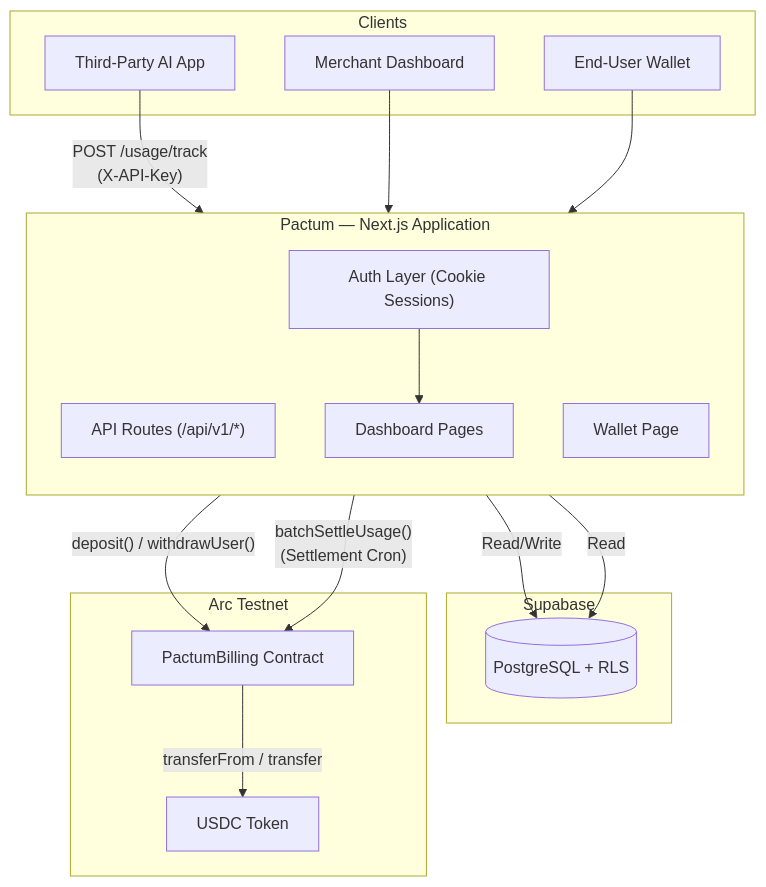
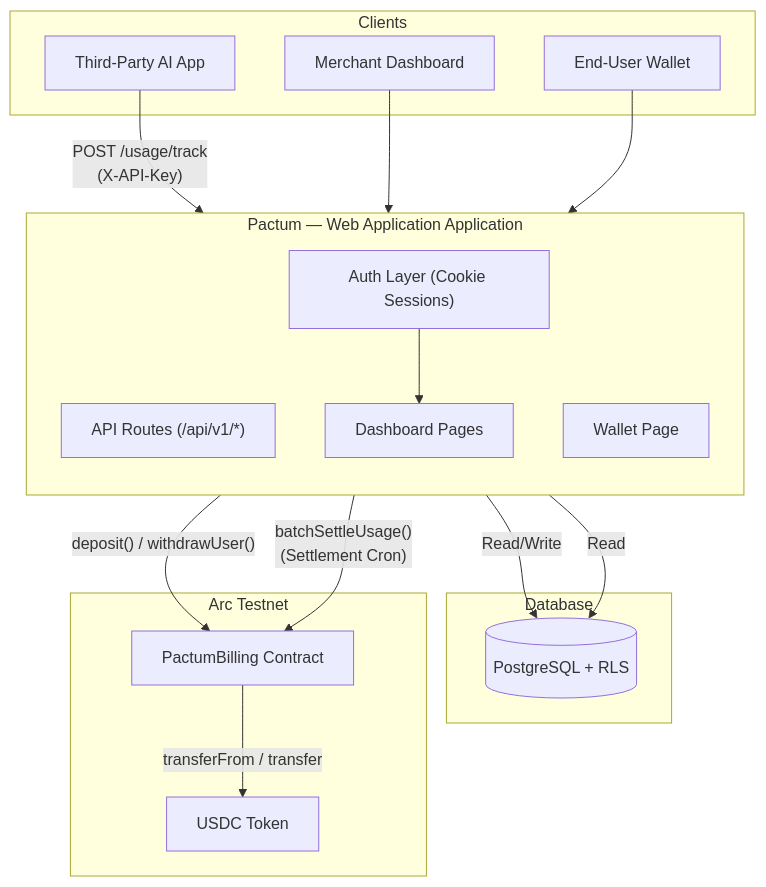
The first of 3 diagrams in docs/architecture.md (rizkygm23/pactum), drawn with Mermaid before and after one commit. The commit also changed other lines of this file and 12 other files, not shown here.

````diff
--- a/docs/architecture.md
+++ b/docs/architecture.md
@@ -7,36 +7,36 @@
 ```mermaid
 flowchart TB
     subgraph Clients
         APP["Third-Party AI App"]
         DASH["Merchant Dashboard"]
         WALLET["End-User Wallet"]
     end
 
-    subgraph NextJS["Pactum — Next.js Application"]
+    subgraph Web Application["Pactum — Web Application Application"]
         direction TB
         API["API Routes (/api/v1/*)"]
         AUTH["Auth Layer (Cookie Sessions)"]
         UI["Dashboard Pages"]
         WP["Wallet Page"]
     end
 
-    subgraph Supabase["Supabase"]
+    subgraph Database["Database"]
         DB[("PostgreSQL + RLS")]
     end
 
     subgraph Arc["Arc Testnet"]
         SC["PactumBilling Contract"]
         USDC["USDC Token"]
     end
 
     APP -- "POST /usage/track\n(X-API-Key)" --> API
     DASH --> AUTH --> UI
     WALLET --> WP
 
     API -- "Read/Write" --> DB
     UI -- "Read" --> DB
 
     WP -- "deposit() / withdrawUser()" --> SC
     API -- "batchSettleUsage()\n(Settlement Cron)" --> SC
     SC -- "transferFrom / transfer" --> USDC
 ```
````
